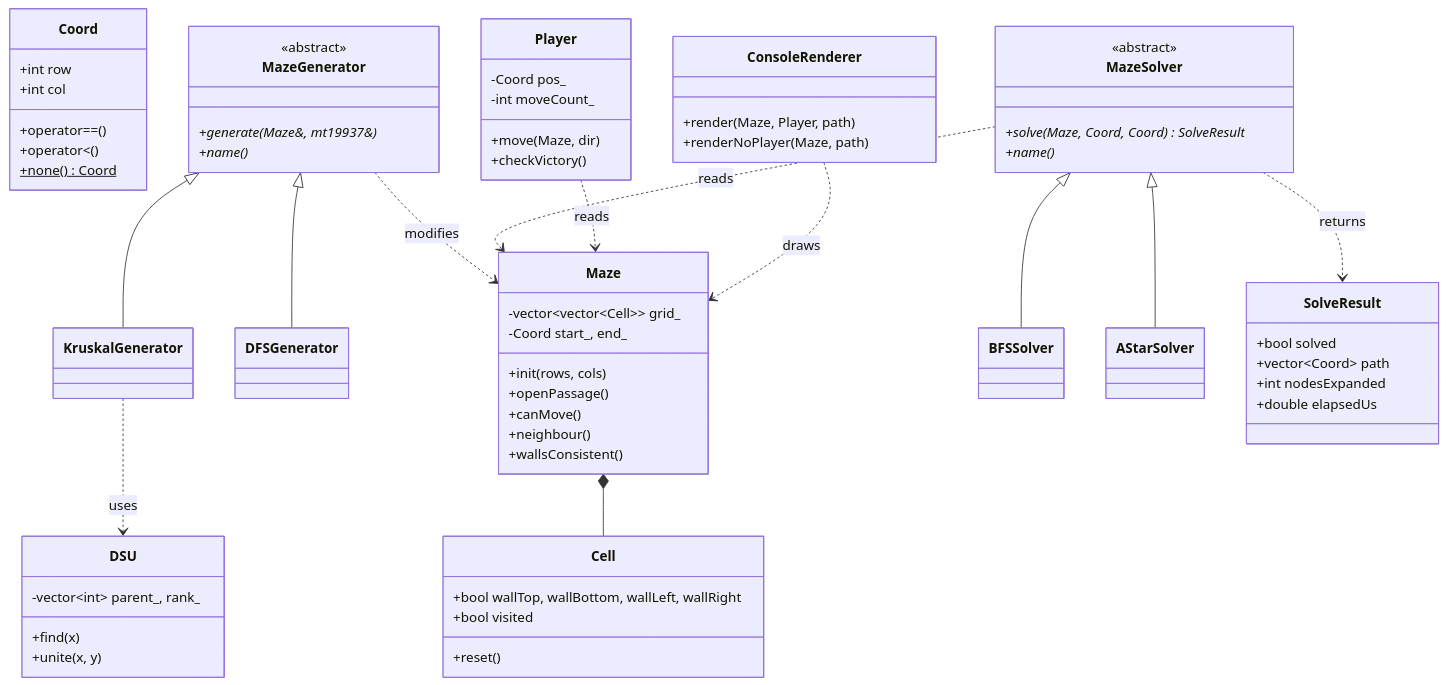
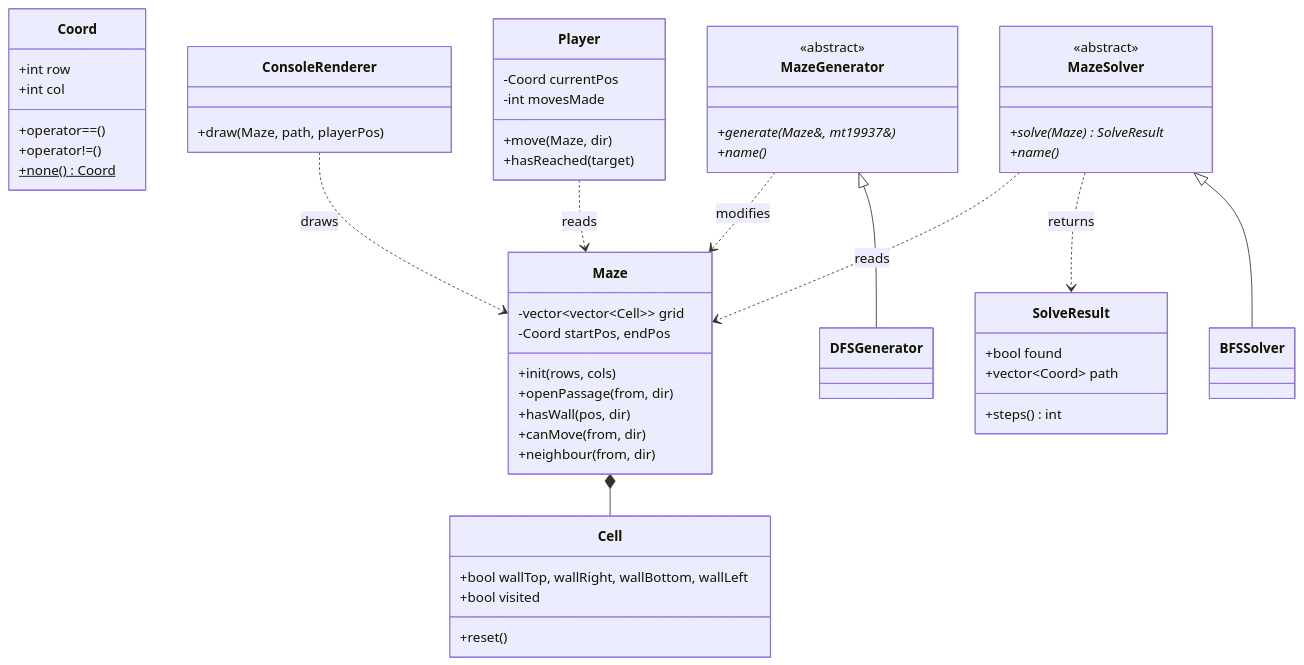
One commit to Tanmay-git65/III-SEM-PBL changed the diagram in README.md. Above: the diagram before and after it, drawn with Mermaid. The commit also changed other lines of this file, not shown here.

````diff
--- a/README.md
+++ b/README.md
@@ -250,71 +190,59 @@
 ```mermaid
 classDiagram
     class Coord {
         +int row
         +int col
         +operator==()
-        +operator<()
+        +operator!=()
         +none()$ Coord
     }
     class Cell {
-        +bool wallTop, wallBottom, wallLeft, wallRight
+        +bool wallTop, wallRight, wallBottom, wallLeft
         +bool visited
         +reset()
     }
     class Maze {
-        -vector~vector~Cell~~ grid_
-        -Coord start_, end_
+        -vector~vector~Cell~~ grid
+        -Coord startPos, endPos
         +init(rows, cols)
-        +openPassage()
-        +canMove()
-        +neighbour()
-        +wallsConsistent()
-    }
-    class DSU {
-        -vector~int~ parent_, rank_
-        +find(x)
-        +unite(x, y)
+        +openPassage(from, dir)
+        +hasWall(pos, dir)
+        +canMove(from, dir)
+        +neighbour(from, dir)
     }
     class MazeGenerator {
         <<abstract>>
         +generate(Maze&, mt19937&)*
         +name()*
     }
     class DFSGenerator
-    class KruskalGenerator
     class MazeSolver {
         <<abstract>>
-        +solve(Maze, Coord, Coord)* SolveResult
+        +solve(Maze)* SolveResult
         +name()*
     }
     class BFSSolver
-    class AStarSolver
     class SolveResult {
-        +bool solved
+        +bool found
         +vector~Coord~ path
-        +int nodesExpanded
-        +double elapsedUs
+        +steps() int
     }
     class Player {
-        -Coord pos_
-        -int moveCount_
+        -Coord currentPos
+        -int movesMade
         +move(Maze, dir)
-        +checkVictory()
+        +hasReached(target)
     }
     class ConsoleRenderer {
-        +render(Maze, Player, path)
-        +renderNoPlayer(Maze, path)
+        +draw(Maze, path, playerPos)
     }
 
     MazeGenerator <|-- DFSGenerator
-    MazeGenerator <|-- KruskalGenerator
     MazeSolver <|-- BFSSolver
-    MazeSolver <|-- AStarSolver
     Maze *-- Cell
-    KruskalGenerator ..> DSU : uses
     MazeSolver ..> SolveResult : returns
     MazeGenerator ..> Maze : modifies
     MazeSolver ..> Maze : reads
     Player ..> Maze : reads
     ConsoleRenderer ..> Maze : draws
 ```
````
